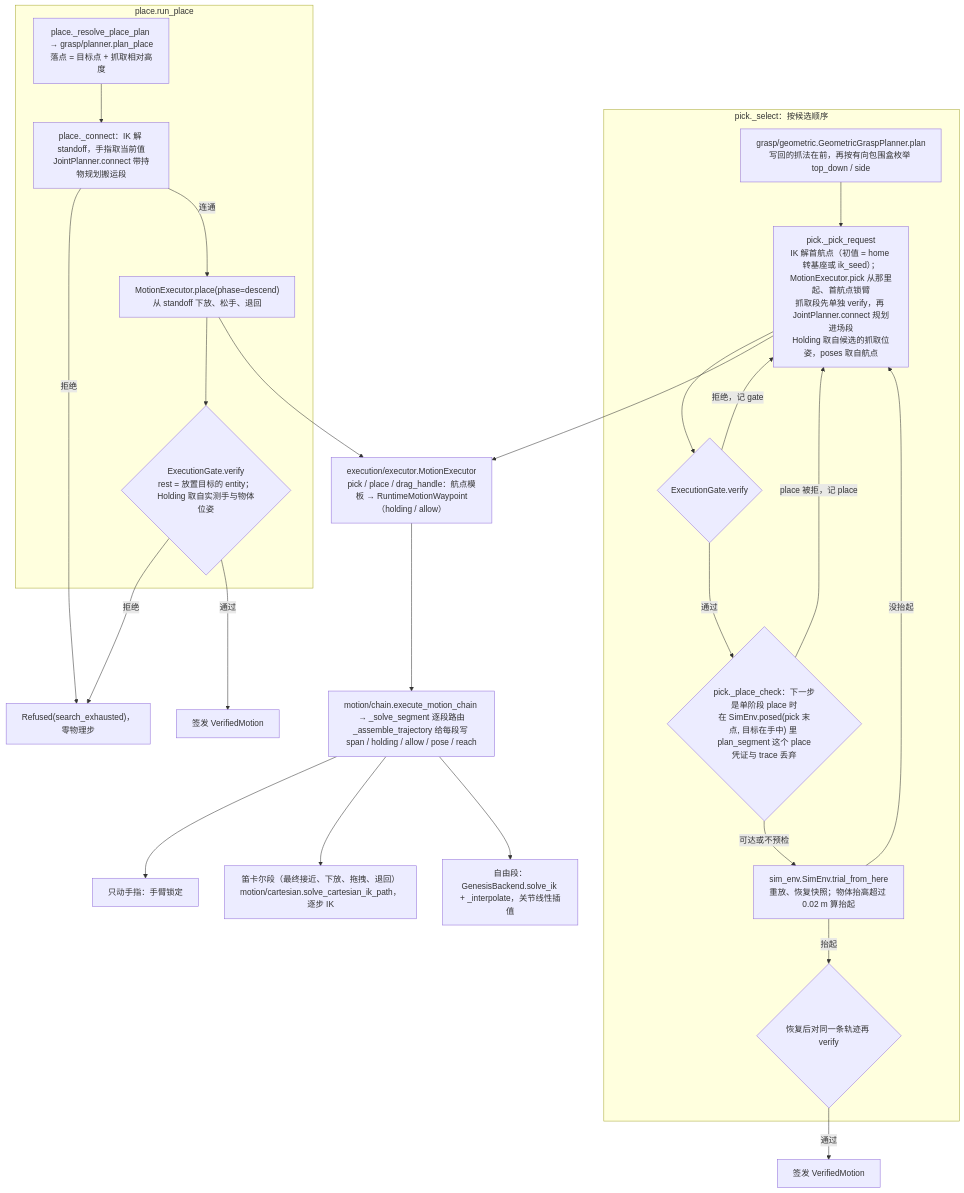
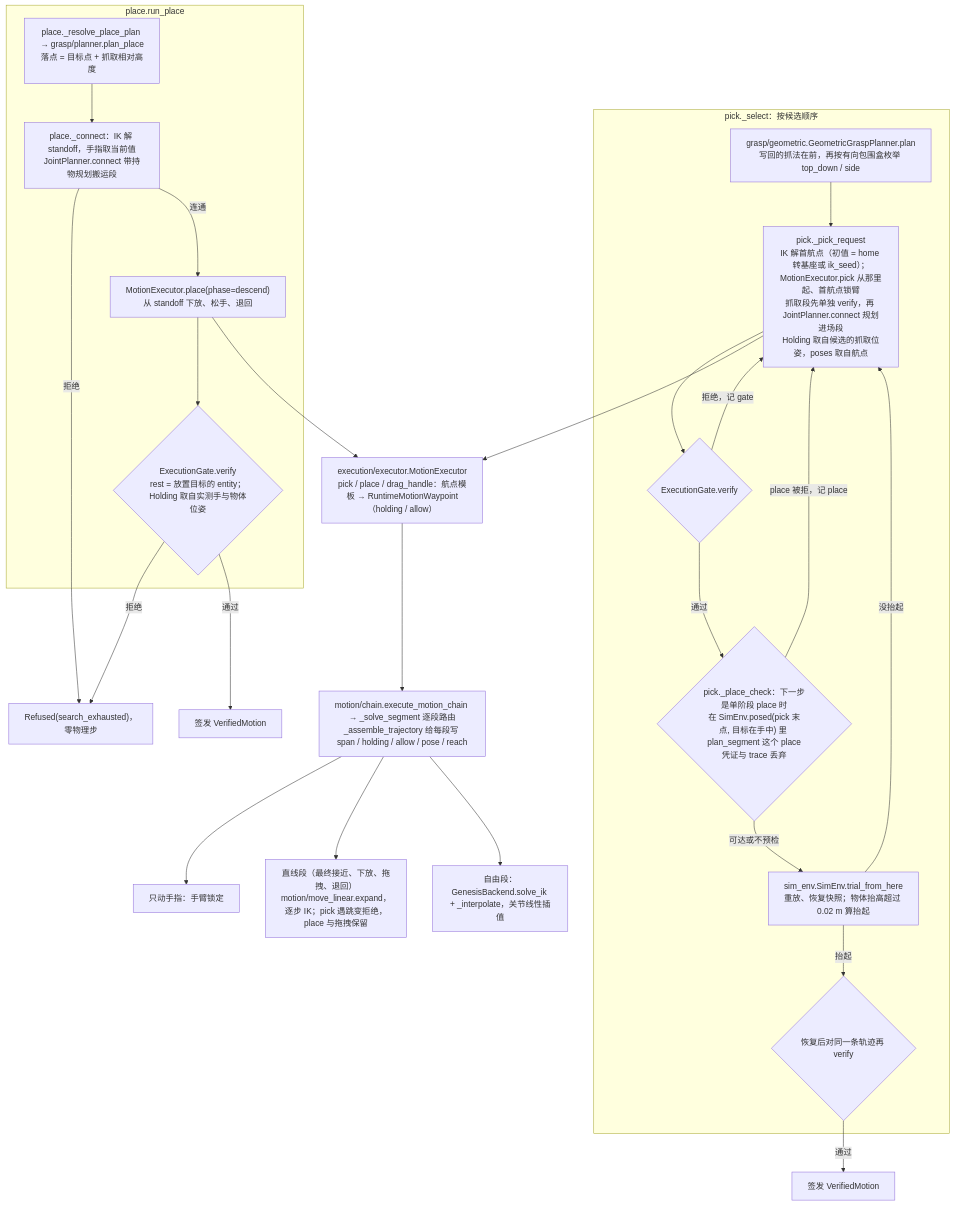
Before and after one commit to ZJLi2013/RoboSmith: the second of 2 diagrams in docs/call-chain.md, drawn with Mermaid. The commit also changed other lines of this file and 2 other files, not shown here.

Commit message:
docs: move_linear expands every straight-line segment, and on the dev seeds every instance matches the previous slice

````diff
--- a/docs/call-chain.md
+++ b/docs/call-chain.md
@@ -58,39 +58,39 @@
 ```mermaid
 flowchart TD
     subgraph PK["pick._select：按候选顺序"]
         GEO["grasp/geometric.GeometricGraspPlanner.plan<br/>写回的抓法在前，再按有向包围盒枚举 top_down / side"]
         PM["pick._pick_request<br/>IK 解首航点（初值 = home 转基座或 ik_seed）；MotionExecutor.pick 从那里起、首航点锁臂<br/>抓取段先单独 verify，再 JointPlanner.connect 规划进场段<br/>Holding 取自候选的抓取位姿，poses 取自航点"]
         V1{"ExecutionGate.verify"}
         PRE{"pick._place_check：下一步是单阶段 place 时<br/>在 SimEnv.posed(pick 末点, 目标在手中) 里 plan_segment 这个 place<br/>凭证与 trace 丢弃"}
         TR["sim_env.SimEnv.trial_from_here<br/>重放、恢复快照；物体抬高超过 0.02 m 算抬起"]
         V2{"恢复后对同一条轨迹再 verify"}
     end
 
     subgraph PL["place.run_place"]
         PP["place._resolve_place_plan → grasp/planner.plan_place<br/>落点 = 目标点 + 抓取相对高度"]
         PC["place._connect：IK 解 standoff，手指取当前值<br/>JointPlanner.connect 带持物规划搬运段"]
         PX["MotionExecutor.place(phase=descend)<br/>从 standoff 下放、松手、退回"]
         V3{"ExecutionGate.verify<br/>rest = 放置目标的 entity；Holding 取自实测手与物体位姿"}
     end
 
     EXE["execution/executor.MotionExecutor<br/>pick / place / drag_handle：航点模板 → RuntimeMotionWaypoint（holding / allow）"]
     CH["motion/chain.execute_motion_chain → _solve_segment 逐段路由<br/>_assemble_trajectory 给每段写 span / holding / allow / pose / reach"]
     F["只动手指：手臂锁定"]
-    C["笛卡尔段（最终接近、下放、拖拽、退回）<br/>motion/cartesian.solve_cartesian_ik_path，逐步 IK"]
+    C["直线段（最终接近、下放、拖拽、退回）<br/>motion/move_linear.expand，逐步 IK；pick 遇跳变拒绝，place 与拖拽保留"]
     G["自由段：GenesisBackend.solve_ik + _interpolate，关节线性插值"]
 
     GEO --> PM --> V1
     V1 -- 拒绝，记 gate --> PM
     V1 -- 通过 --> PRE
     PRE -- place 被拒，记 place --> PM
     PRE -- 可达或不预检 --> TR
     TR -- 没抬起 --> PM
     TR -- 抬起 --> V2
     V2 -- 通过 --> OKP["签发 VerifiedMotion"]
     PP --> PC
     PC -- 拒绝 --> RF["Refused(search_exhausted)，零物理步"]
     PC -- 连通 --> PX --> V3
     V3 -- 拒绝 --> RF
     V3 -- 通过 --> OKL["签发 VerifiedMotion"]
     PM & PX --> EXE --> CH --> F & C & G
 ```
````
